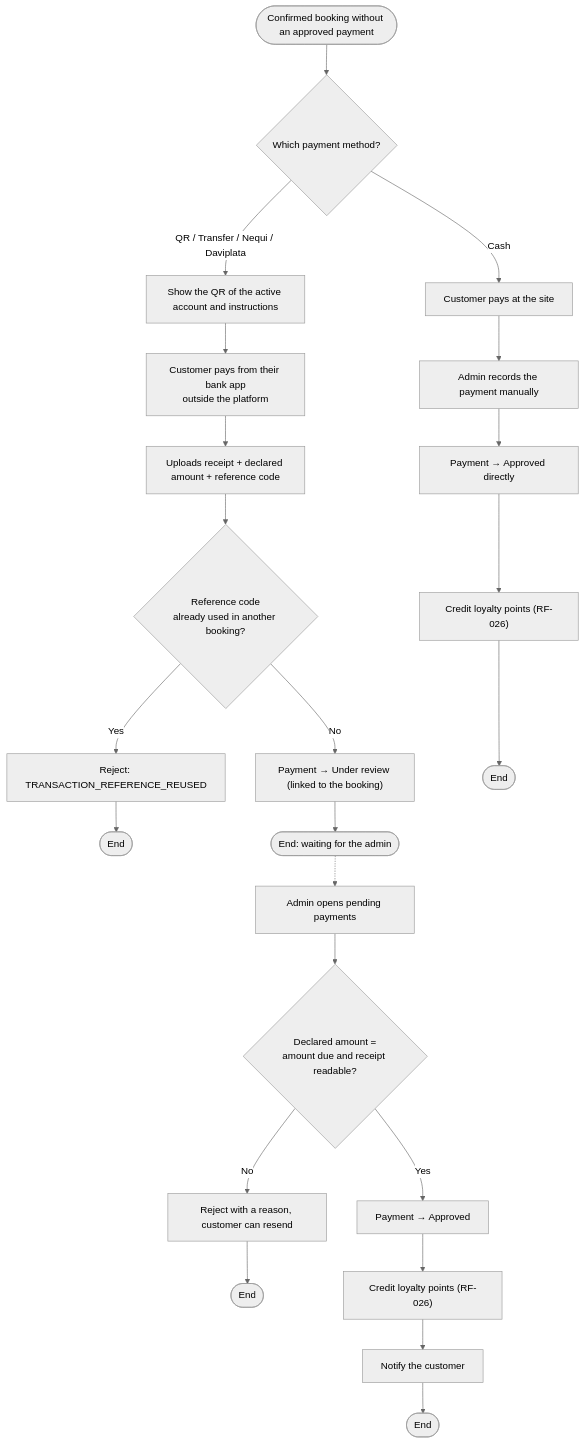
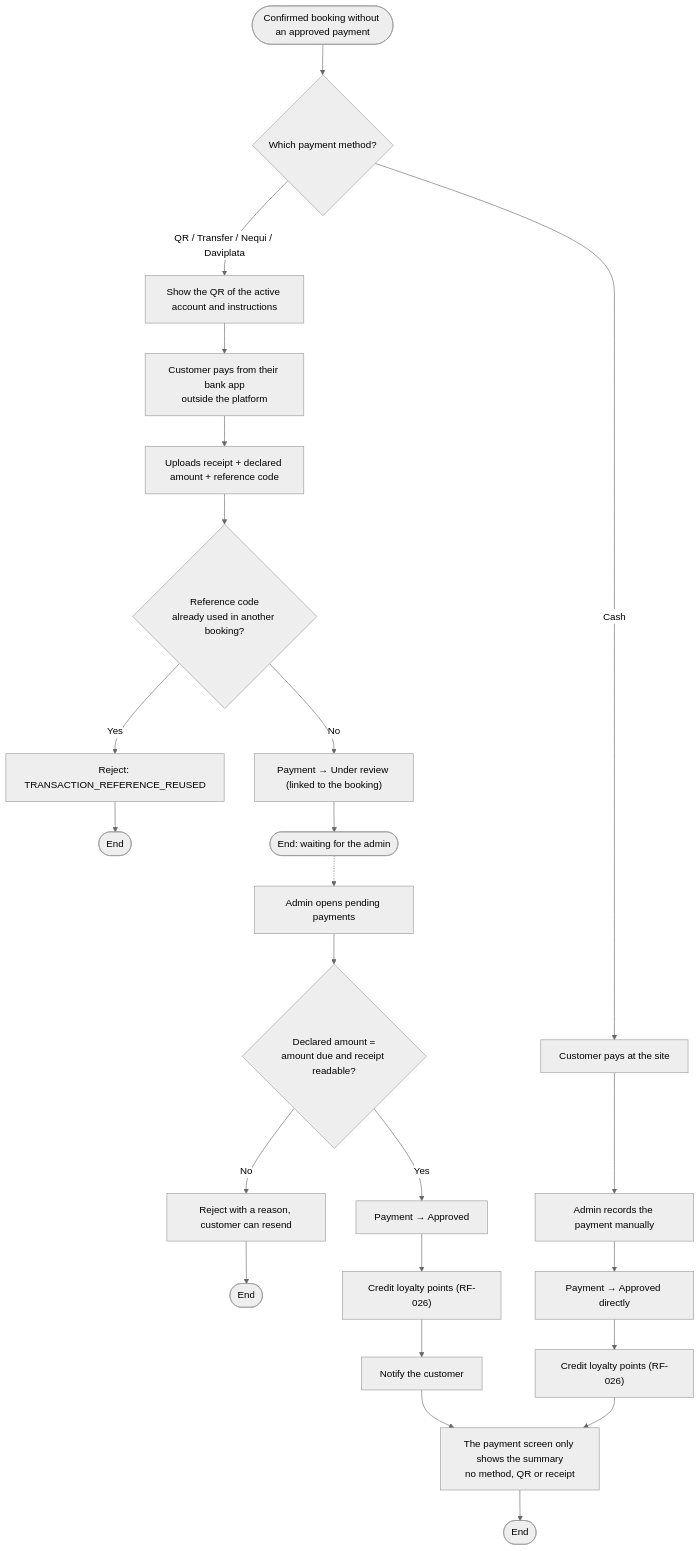
One commit to BrayanCABRERA123/lavarapido-docs changed diagram 18 of 26 in 02_DOCUMENTACION_DE_ANALISIS_DEL_SOFTWARE/EN/MD/software-analysis-documentation.md. Above: the diagram before and after it, drawn with Mermaid (neutral theme). The commit also changed other lines of this file and 7 other files, not shown here.

Commit message:
docs(analysis): correct sequences and states against the code and redraw the diagrams (2.3)

````diff
--- a/02_DOCUMENTACION_DE_ANALISIS_DEL_SOFTWARE/EN/MD/software-analysis-documentation.md
+++ b/02_DOCUMENTACION_DE_ANALISIS_DEL_SOFTWARE/EN/MD/software-analysis-documentation.md
@@ -735,28 +748,29 @@
 ```mermaid
 flowchart TD
     start([Confirmed booking without an approved payment]) --> method{Which payment method?}
 
     method -->|QR / Transfer / Nequi / Daviplata| showqr[Show the QR of the active account and instructions]
     showqr --> extpay[Customer pays from their bank app<br/>outside the platform]
     extpay --> upload[Uploads receipt + declared amount + reference code]
     upload --> dup{Reference code<br/>already used in another booking?}
     dup -->|Yes| rejectref[Reject: TRANSACTION_REFERENCE_REUSED]
     rejectref --> stop1([End])
     dup -->|No| inreview["Payment → Under review (linked to the booking)"]
     inreview --> stop2([End: waiting for the admin])
 
     method -->|Cash| cash[Customer pays at the site]
     cash --> register[Admin records the payment manually]
     register --> approved1["Payment → Approved directly"]
     approved1 --> points1["Credit loyalty points (RF-026)"]
-    points1 --> stop3([End])
+    points1 --> lockui
 
     stop2 -.-> review[Admin opens pending payments]
     review --> compare{Declared amount =<br/>amount due and receipt readable?}
     compare -->|No| reject[Reject with a reason, customer can resend]
     reject --> stop4([End])
     compare -->|Yes| approve["Payment → Approved"]
     approve --> points2["Credit loyalty points (RF-026)"]
     points2 --> notifyc[Notify the customer]
-    notifyc --> stop5([End])
+    notifyc --> lockui[The payment screen only shows the summary<br/>no method, QR or receipt]
+    lockui --> stop5([End])
 ```
````
